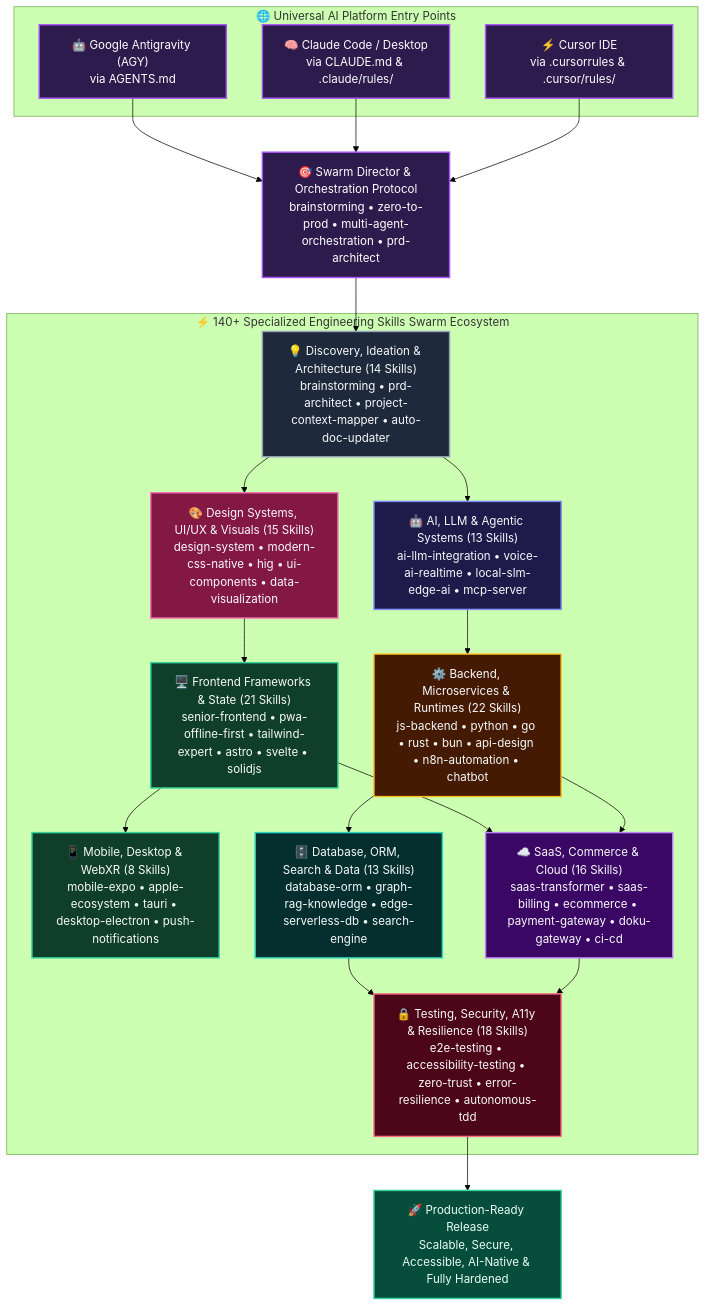
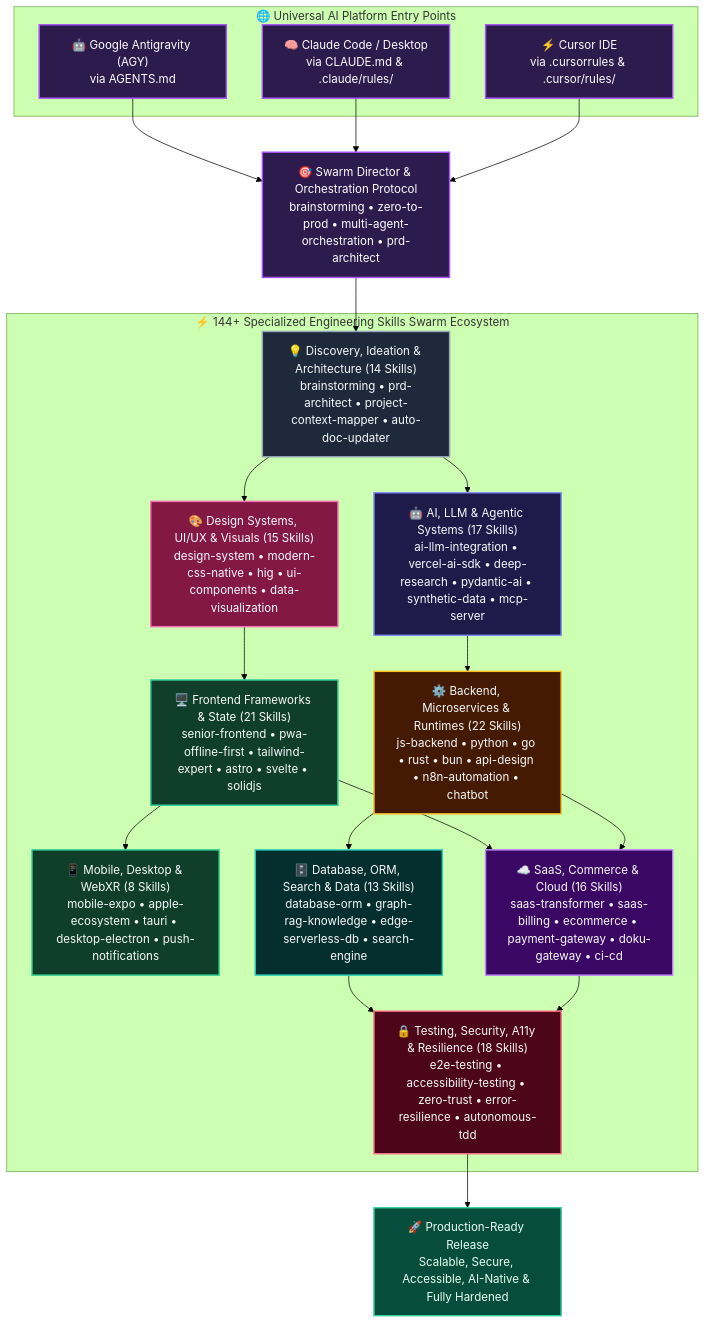
The diagram in README.md (roedyrustam/vibes-plug), drawn with Mermaid (forest theme) before and after one commit. The commit also changed other lines of this file and 11 other files, not shown here.

Commit message:
chore: synchronize 144+ skills ecosystem across all platforms, docs, and assets

````diff
--- a/README.md
+++ b/README.md
@@ -16,64 +16,64 @@
 ```mermaid
 graph TD
     subgraph PLATFORMS["🌐 Universal AI Platform Entry Points"]
         AGY["🤖 Google Antigravity (AGY)<br/>via AGENTS.md"]
         CLAUDE["🧠 Claude Code / Desktop<br/>via CLAUDE.md & .claude/rules/"]
         CURSOR["⚡ Cursor IDE<br/>via .cursorrules & .cursor/rules/"]
     end
 
     DIRECTOR["🎯 Swarm Director & Orchestration Protocol<br/>brainstorming • zero-to-prod • multi-agent-orchestration • prd-architect"]
 
-    subgraph SWARM["⚡ 140+ Specialized Engineering Skills Swarm Ecosystem"]
+    subgraph SWARM["⚡ 144+ Specialized Engineering Skills Swarm Ecosystem"]
         D1["💡 Discovery, Ideation & Architecture (14 Skills)<br/>brainstorming • prd-architect • project-context-mapper • auto-doc-updater"]
-        D2["🤖 AI, LLM & Agentic Systems (13 Skills)<br/>ai-llm-integration • voice-ai-realtime • local-slm-edge-ai • mcp-server"]
+        D2["🤖 AI, LLM & Agentic Systems (17 Skills)<br/>ai-llm-integration • vercel-ai-sdk • deep-research • pydantic-ai • synthetic-data • mcp-server"]
         D3["🎨 Design Systems, UI/UX & Visuals (15 Skills)<br/>design-system • modern-css-native • hig • ui-components • data-visualization"]
         D4["🖥️ Frontend Frameworks & State (21 Skills)<br/>senior-frontend • pwa-offline-first • tailwind-expert • astro • svelte • solidjs"]
         D5["📱 Mobile, Desktop & WebXR (8 Skills)<br/>mobile-expo • apple-ecosystem • tauri • desktop-electron • push-notifications"]
         D6["⚙️ Backend, Microservices & Runtimes (22 Skills)<br/>js-backend • python • go • rust • bun • api-design • n8n-automation • chatbot"]
         D7["🗄️ Database, ORM, Search & Data (13 Skills)<br/>database-orm • graph-rag-knowledge • edge-serverless-db • search-engine"]
         D8["☁️ SaaS, Commerce & Cloud (16 Skills)<br/>saas-transformer • saas-billing • ecommerce • payment-gateway • doku-gateway • ci-cd"]
         D9["🔒 Testing, Security, A11y & Resilience (18 Skills)<br/>e2e-testing • accessibility-testing • zero-trust • error-resilience • autonomous-tdd"]
     end
 
     PROD["🚀 Production-Ready Release<br/>Scalable, Secure, Accessible, AI-Native & Fully Hardened"]
 
     AGY --> DIRECTOR
     CLAUDE --> DIRECTOR
     CURSOR --> DIRECTOR
 
     DIRECTOR --> D1
     D1 --> D2
     D1 --> D3
     D2 --> D6
     D3 --> D4
     D4 --> D5
     D4 --> D8
     D6 --> D7
     D6 --> D8
     D7 --> D9
     D8 --> D9
     D9 --> PROD
 
     classDef hero fill:#2d1b4e,stroke:#a855f7,stroke-width:2px,color:#fff;
     classDef ai fill:#1e1b4b,stroke:#818cf8,stroke-width:2px,color:#f8fafc;
     classDef ui fill:#831843,stroke:#f472b6,stroke-width:2px,color:#f8fafc;
     classDef front fill:#0f3f2a,stroke:#34d399,stroke-width:2px,color:#f8fafc;
     classDef back fill:#451a03,stroke:#fbbf24,stroke-width:2px,color:#f8fafc;
     classDef saas fill:#3b0764,stroke:#c084fc,stroke-width:2px,color:#f8fafc;
     classDef db fill:#042f2e,stroke:#2dd4bf,stroke-width:2px,color:#f8fafc;
     classDef sec fill:#4c0519,stroke:#fb7185,stroke-width:2px,color:#f8fafc;
     classDef util fill:#1e293b,stroke:#94a3b8,stroke-width:2px,color:#f8fafc;
     classDef target fill:#064e3b,stroke:#34d399,stroke-width:2px,color:#ecfdf5;
 
     class AGY,CLAUDE,CURSOR,DIRECTOR hero;
     class D1 util;
     class D2 ai;
     class D3 ui;
     class D4 front;
     class D5 front;
     class D6 back;
     class D7 db;
     class D8 saas;
     class D9 sec;
     class PROD target;
 ```
````
